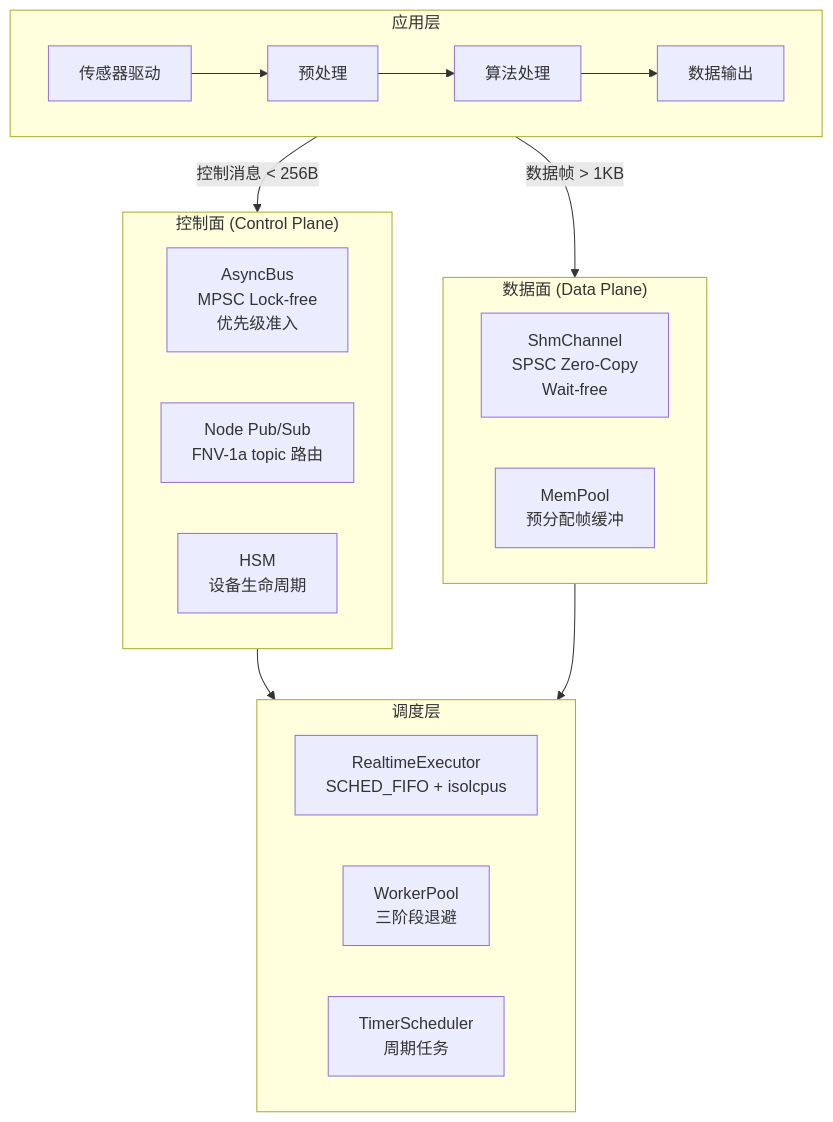
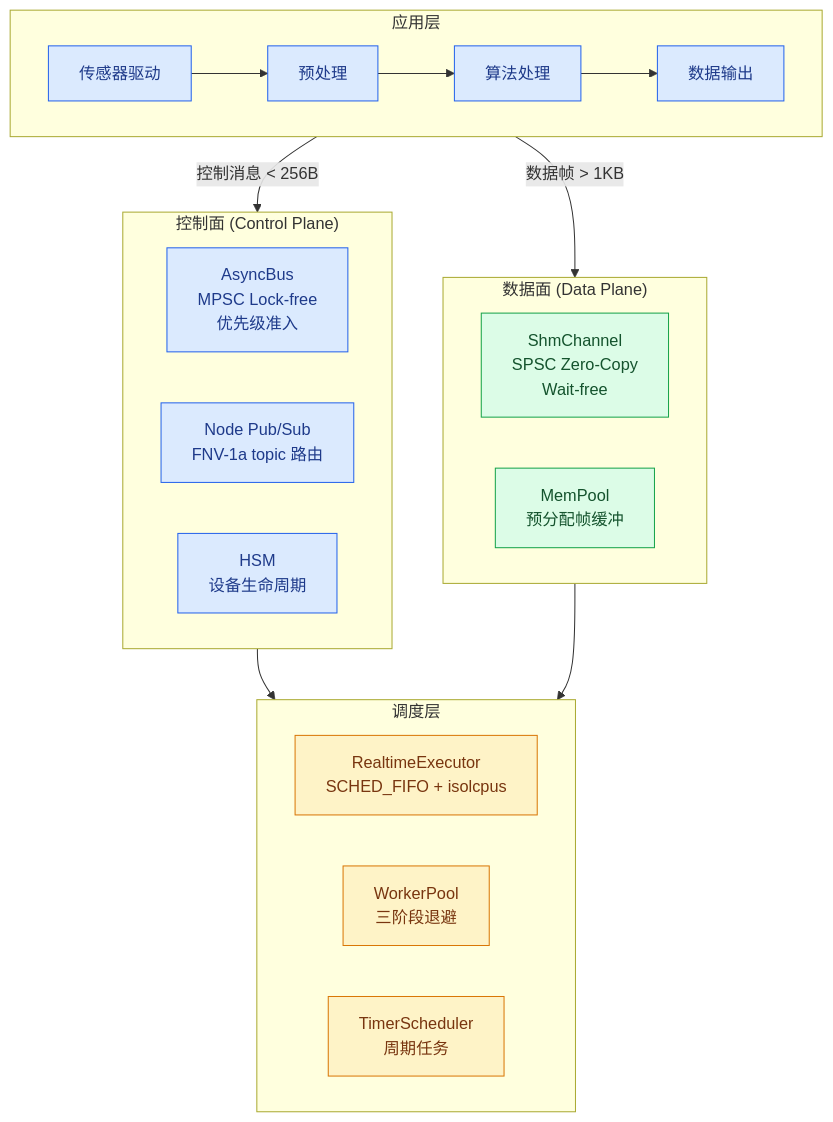
Before and after one commit to DeguiLiu/tech-notes: the first of 9 diagrams in content/posts/architecture/embedded_streaming_data_architecture.md, drawn with Mermaid. The commit also changed other lines of this file and 16 other files, not shown here.

First line of the commit message:
story-docs(blog): de-AI architecture and pattern posts, add project links

````diff
--- a/content/posts/architecture/embedded_streaming_data_architecture.md
+++ b/content/posts/architecture/embedded_streaming_data_architecture.md
@@ -62,34 +64,41 @@
 ```mermaid
 flowchart TB
     subgraph CP["控制面 (Control Plane)"]
         direction LR
         BUS["AsyncBus\nMPSC Lock-free\n优先级准入"]
         NODE["Node Pub/Sub\nFNV-1a topic 路由"]
         HSM_CP["HSM\n设备生命周期"]
     end
 
     subgraph DP["数据面 (Data Plane)"]
         direction LR
         SHM["ShmChannel\nSPSC Zero-Copy\nWait-free"]
         MEM["MemPool\n预分配帧缓冲"]
     end
 
     subgraph SCHED["调度层"]
         direction LR
         RT["RealtimeExecutor\nSCHED_FIFO + isolcpus"]
         WP["WorkerPool\n三阶段退避"]
         TMR["TimerScheduler\n周期任务"]
     end
 
     subgraph APP["应用层"]
         direction LR
         SENSOR["传感器驱动"] --> PREPROC["预处理"]
         PREPROC --> ALGO["算法处理"]
         ALGO --> OUTPUT["数据输出"]
     end
 
     APP -->|"控制消息 < 256B"| CP
     APP -->|"数据帧 > 1KB"| DP
     CP --> SCHED
     DP --> SCHED
+    classDef ctrl fill:#dbeafe,stroke:#2563eb,color:#1e3a8a
+    classDef data fill:#dcfce7,stroke:#16a34a,color:#14532d
+    classDef sched fill:#fef3c7,stroke:#d97706,color:#78350f
+    class BUS,NODE,HSM_CP ctrl
+    class SHM,MEM data
+    class RT,WP,TMR sched
+    class SENSOR,PREPROC,ALGO,OUTPUT ctrl
 ```
````
